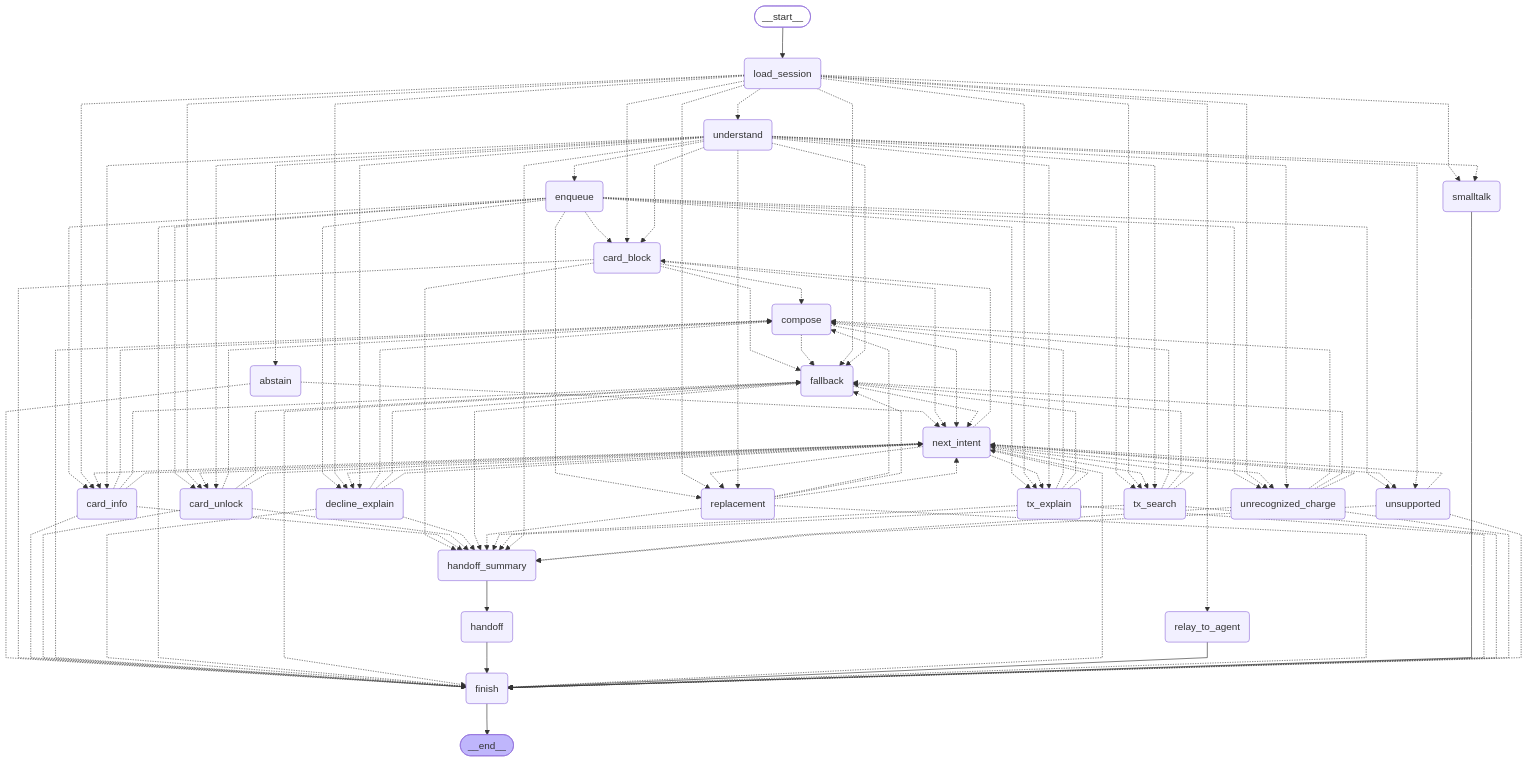
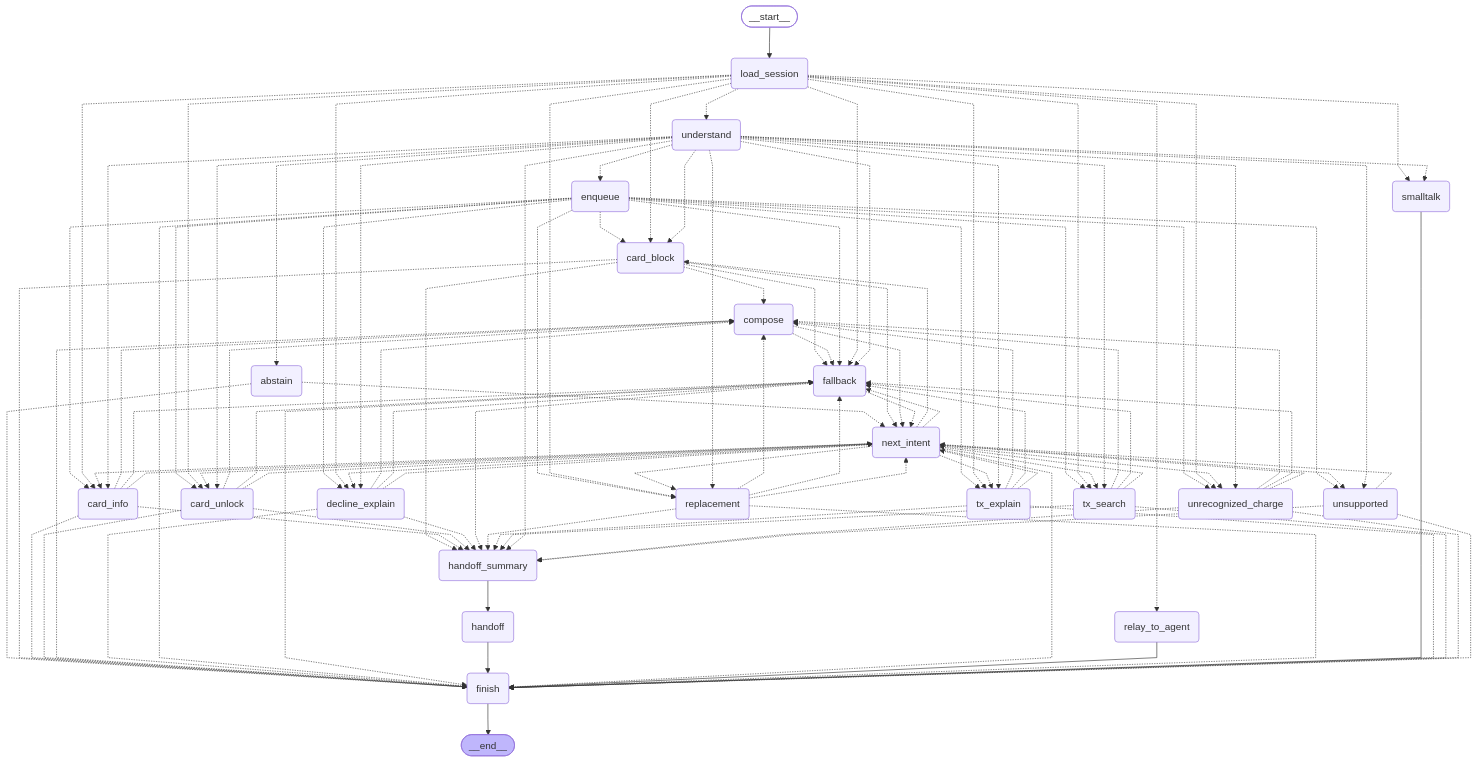
One commit to YhBedoya/factored-hackathon-2026-inferencia-aplicada changed the diagram in docs/diagrams/turn-graph-v0.mmd. Above: the diagram before and after it, drawn with Mermaid. The commit also changed 202 other files, not shown here.

```diff
--- a/docs/diagrams/turn-graph-v0.mmd
+++ b/docs/diagrams/turn-graph-v0.mmd
@@ -1,135 +1,137 @@
 ---
 config:
   flowchart:
     curve: linear
 ---
 graph TD;
 	__start__([<p>__start__</p>]):::first
 	load_session(load_session)
 	understand(understand)
 	smalltalk(smalltalk)
 	enqueue(enqueue)
 	card_info(card_info)
 	card_block(card_block)
 	card_unlock(card_unlock)
 	replacement(replacement)
 	unrecognized_charge(unrecognized_charge)
 	decline_explain(decline_explain)
 	tx_search(tx_search)
 	tx_explain(tx_explain)
 	unsupported(unsupported)
 	fallback(fallback)
 	compose(compose)
 	next_intent(next_intent)
 	finish(finish)
 	abstain(abstain)
 	handoff_summary(handoff_summary)
 	handoff(handoff)
 	relay_to_agent(relay_to_agent)
 	__end__([<p>__end__</p>]):::last
 	__start__ --> load_session;
 	abstain -.-> finish;
 	abstain -.-> next_intent;
 	card_block -.-> compose;
 	card_block -.-> fallback;
 	card_block -.-> finish;
 	card_block -.-> handoff_summary;
 	card_block -.-> next_intent;
 	card_info -.-> compose;
 	card_info -.-> fallback;
 	card_info -.-> finish;
 	card_info -.-> handoff_summary;
 	card_info -.-> next_intent;
 	card_unlock -.-> compose;
 	card_unlock -.-> fallback;
 	card_unlock -.-> finish;
 	card_unlock -.-> handoff_summary;
 	card_unlock -.-> next_intent;
 	compose -.-> fallback;
 	compose -.-> finish;
 	compose -.-> next_intent;
 	decline_explain -.-> compose;
 	decline_explain -.-> fallback;
 	decline_explain -.-> finish;
 	decline_explain -.-> handoff_summary;
 	decline_explain -.-> next_intent;
 	enqueue -.-> card_block;
 	enqueue -.-> card_info;
 	enqueue -.-> card_unlock;
 	enqueue -.-> decline_explain;
+	enqueue -.-> fallback;
 	enqueue -.-> finish;
 	enqueue -.-> replacement;
 	enqueue -.-> tx_explain;
 	enqueue -.-> tx_search;
 	enqueue -.-> unrecognized_charge;
 	enqueue -.-> unsupported;
 	fallback -.-> finish;
 	fallback -.-> handoff_summary;
 	fallback -.-> next_intent;
 	handoff --> finish;
 	handoff_summary --> handoff;
 	load_session -.-> card_block;
 	load_session -.-> card_info;
 	load_session -.-> card_unlock;
 	load_session -.-> decline_explain;
 	load_session -.-> fallback;
 	load_session -.-> relay_to_agent;
 	load_session -.-> replacement;
 	load_session -.-> smalltalk;
 	load_session -.-> tx_explain;
 	load_session -.-> tx_search;
 	load_session -.-> understand;
 	load_session -.-> unrecognized_charge;
 	next_intent -.-> card_block;
 	next_intent -.-> card_info;
 	next_intent -.-> card_unlock;
 	next_intent -.-> decline_explain;
+	next_intent -.-> fallback;
 	next_intent -.-> finish;
 	next_intent -.-> replacement;
 	next_intent -.-> tx_explain;
 	next_intent -.-> tx_search;
 	next_intent -.-> unrecognized_charge;
 	next_intent -.-> unsupported;
 	relay_to_agent --> finish;
 	replacement -.-> compose;
 	replacement -.-> fallback;
 	replacement -.-> finish;
 	replacement -.-> handoff_summary;
 	replacement -.-> next_intent;
 	smalltalk --> finish;
 	tx_explain -.-> compose;
 	tx_explain -.-> fallback;
 	tx_explain -.-> finish;
 	tx_explain -.-> handoff_summary;
 	tx_explain -.-> next_intent;
 	tx_search -.-> compose;
 	tx_search -.-> fallback;
 	tx_search -.-> finish;
 	tx_search -.-> handoff_summary;
 	tx_search -.-> next_intent;
 	understand -.-> abstain;
 	understand -.-> card_block;
 	understand -.-> card_info;
 	understand -.-> card_unlock;
 	understand -.-> decline_explain;
 	understand -.-> enqueue;
 	understand -.-> fallback;
 	understand -.-> handoff_summary;
 	understand -.-> replacement;
 	understand -.-> smalltalk;
 	understand -.-> tx_explain;
 	understand -.-> tx_search;
 	understand -.-> unrecognized_charge;
 	understand -.-> unsupported;
 	unrecognized_charge -.-> compose;
 	unrecognized_charge -.-> fallback;
 	unrecognized_charge -.-> finish;
 	unrecognized_charge -.-> handoff_summary;
 	unrecognized_charge -.-> next_intent;
 	unsupported -.-> finish;
 	unsupported -.-> handoff_summary;
 	unsupported -.-> next_intent;
 	finish --> __end__;
 	classDef default fill:#f2f0ff,line-height:1.2
 	classDef first fill-opacity:0
 	classDef last fill:#bfb6fc
```
